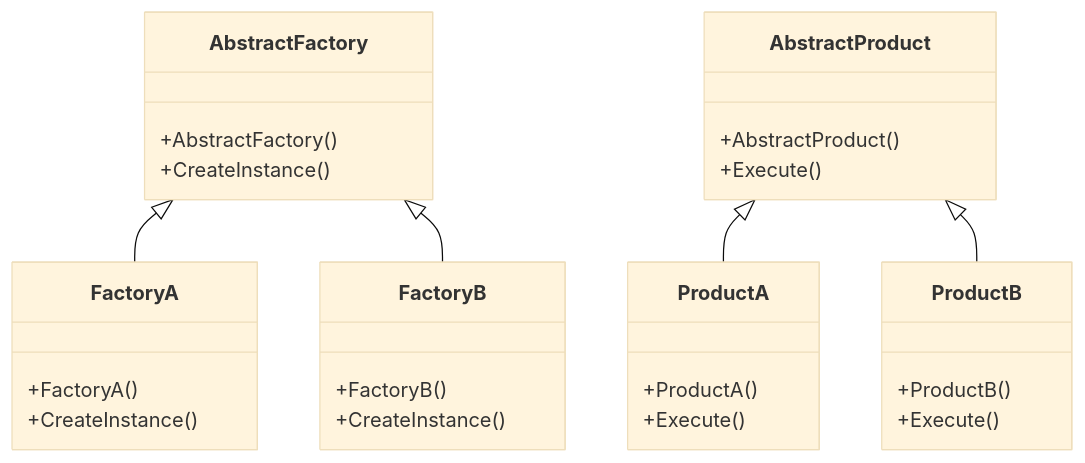
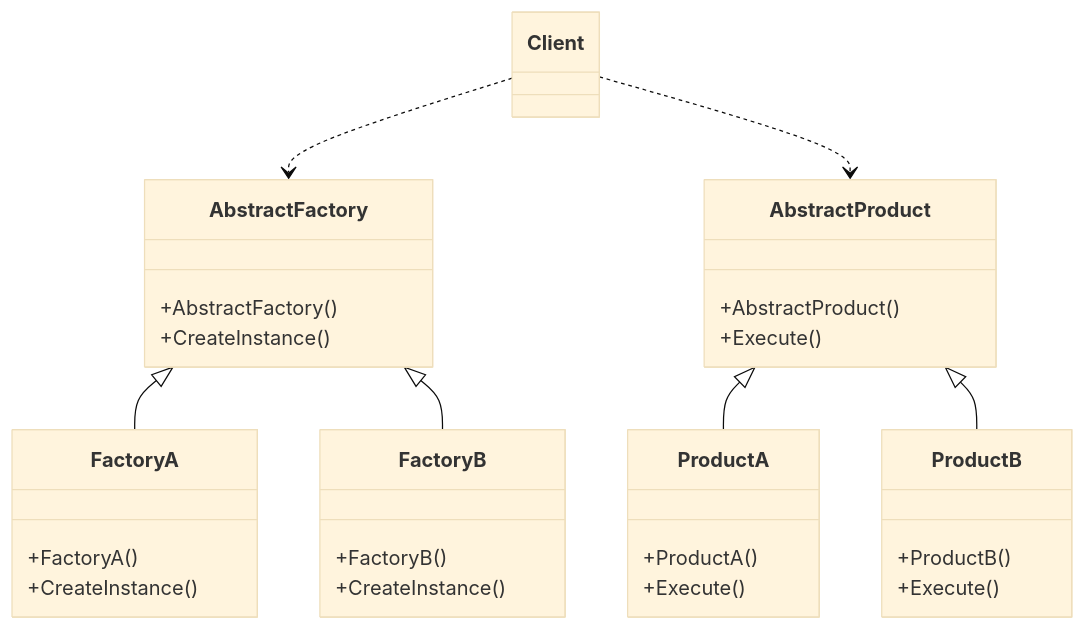
One commit to thunderstormwang/CodingNote changed the diagram in design_pattern/factory_method.md. Above: the diagram before and after it, drawn with Mermaid (base theme). The commit also changed other lines of this file and 5 other files, not shown here.

````diff
--- a/design_pattern/factory_method.md
+++ b/design_pattern/factory_method.md
@@ -7,38 +8,42 @@
 ```mermaid
 classDiagram
+class Client
 class AbstractFactory {
     +AbstractFactory()
     +CreateInstance()
 }
 
 class FactoryA {
     +FactoryA()
     +CreateInstance()
 }
 
 class FactoryB {
     +FactoryB()
     +CreateInstance()
 }
 
 class AbstractProduct {
     +AbstractProduct()
     +Execute()
 }
 
 class ProductA {
     +ProductA()
     +Execute()
 }
 
 class ProductB {
     +ProductB()
     +Execute()
 }
 
+Client ..> AbstractFactory
+Client ..> AbstractProduct
+
 AbstractFactory <|-- FactoryA
 AbstractFactory <|-- FactoryB
 
 AbstractProduct <|-- ProductA
 AbstractProduct <|-- ProductB
 ```
````
